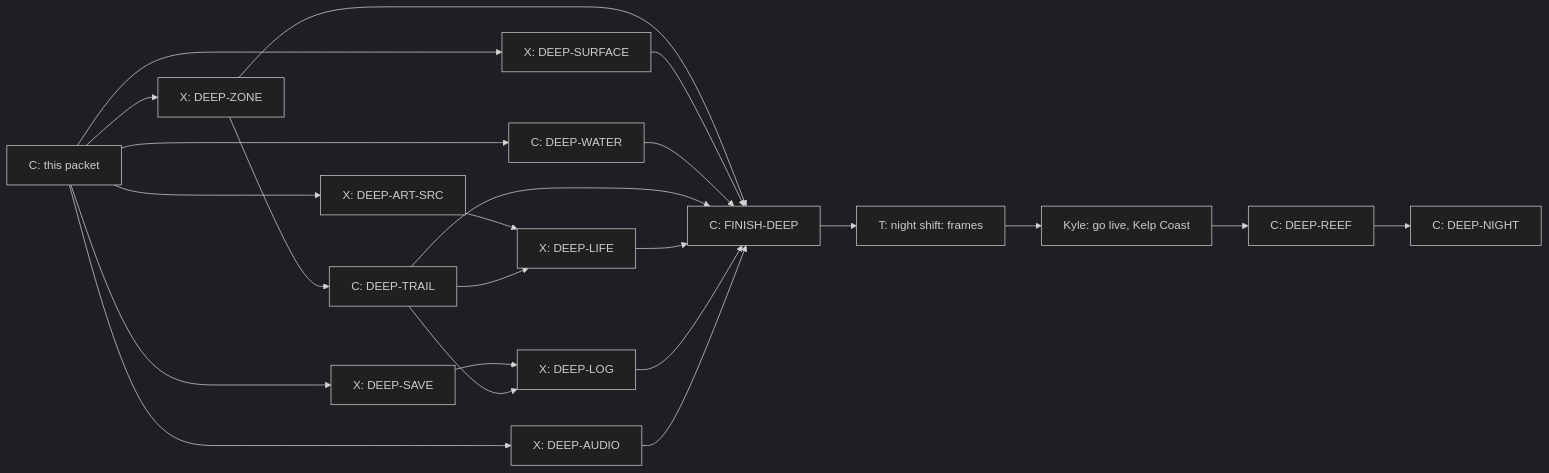
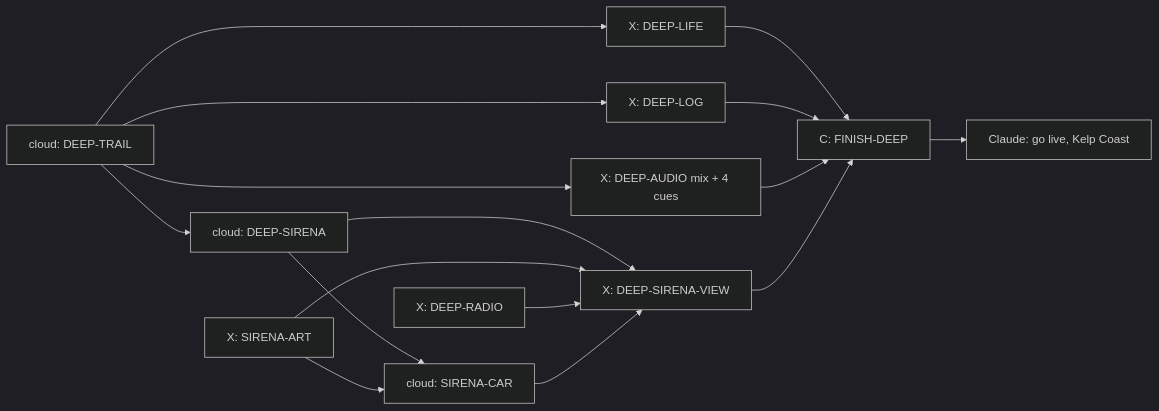
The diagram in docs/THE_DEEP.md (Dukes0O/the-duel-remake), drawn with Mermaid (dark theme) before and after one commit. The commit also changed other lines of this file and 12 other files, not shown here.

First line of the commit message:
The Deep: story and goals (the Falcone Sirena), cards rewritten

````diff
--- a/docs/THE_DEEP.md
+++ b/docs/THE_DEEP.md
@@ -256,18 +388,13 @@
 ```mermaid
 flowchart LR
-  P[C: this packet] --> Z[X: DEEP-ZONE]
-  P --> SF[X: DEEP-SURFACE]
-  P --> SV[X: DEEP-SAVE]
-  P --> AS[X: DEEP-ART-SRC]
-  P --> AU[X: DEEP-AUDIO]
-  P --> W[C: DEEP-WATER]
-  Z --> T[C: DEEP-TRAIL]
-  AS --> L[X: DEEP-LIFE]
-  T --> L
-  SV --> LG[X: DEEP-LOG]
-  T --> LG
-  Z & SF & W & T & L & LG & AU --> F[C: FINISH-DEEP]
-  F --> N[T: night shift: frames]
-  N --> R[Kyle: go live, Kelp Coast]
-  R --> RF[C: DEEP-REEF] --> NH[C: DEEP-NIGHT]
+  T[cloud: DEEP-TRAIL] --> S[cloud: DEEP-SIRENA]
+  T --> L[X: DEEP-LIFE]
+  T --> LG[X: DEEP-LOG]
+  T --> AU[X: DEEP-AUDIO mix + 4 cues]
+  R[X: DEEP-RADIO]
+  A[X: SIRENA-ART]
+  S & A --> C[cloud: SIRENA-CAR]
+  S & A & R & C --> V[X: DEEP-SIRENA-VIEW]
+  L & LG & AU & V --> F[C: FINISH-DEEP]
+  F --> GO[Claude: go live, Kelp Coast]
 ```
````
